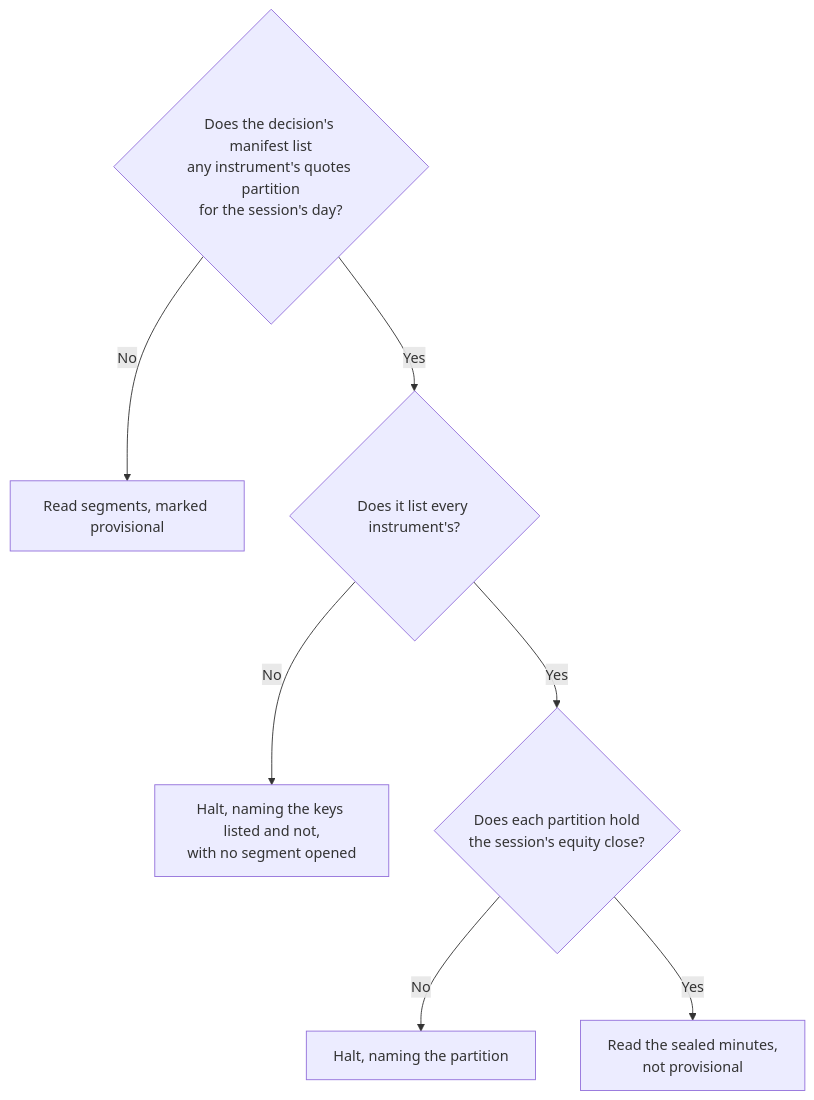
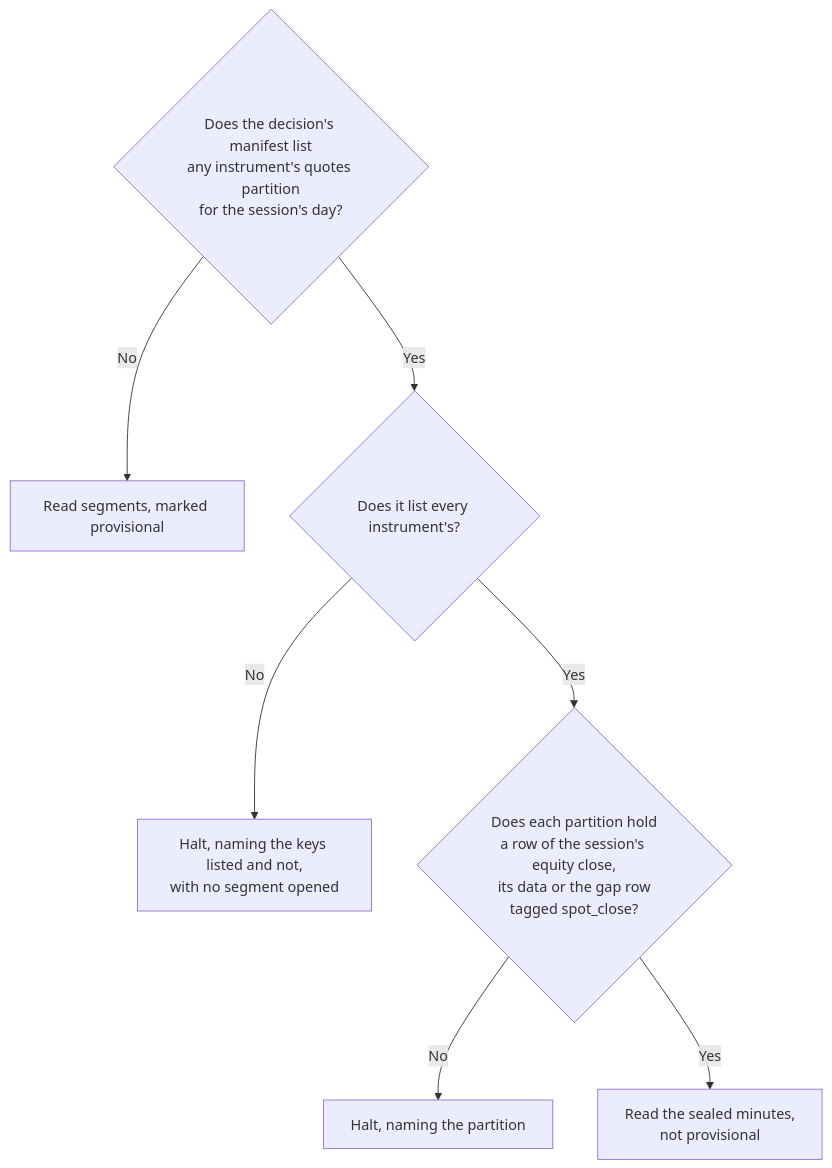
One commit to l3a0/ithildin-runtime changed the fifth of 6 diagrams in docs/architecture/03-context-and-scope.md. Above: the diagram before and after it, drawn with Mermaid. The commit also changed other lines of this file and 9 other files, not shown here.

First line of the commit message:
feat(data): read a sealed day whose close capture failed, from marketlake's gap row (#232)

````diff
--- a/docs/architecture/03-context-and-scope.md
+++ b/docs/architecture/03-context-and-scope.md
@@ -555,10 +555,10 @@
 ```mermaid
 flowchart TD
     m{"Does the decision's manifest list<br/>any instrument's quotes partition<br/>for the session's day?"}
     m -- "No" --> seg["Read segments, marked provisional"]
     m -- "Yes" --> all{"Does it list every instrument's?"}
     all -- "No" --> fault["Halt, naming the keys listed and not,<br/>with no segment opened"]
-    all -- "Yes" --> close{"Does each partition hold<br/>the session's equity close?"}
+    all -- "Yes" --> close{"Does each partition hold<br/>a row of the session's equity close,<br/>its data or the gap row<br/>tagged spot_close?"}
     close -- "No" --> nofault["Halt, naming the partition"]
     close -- "Yes" --> sealed["Read the sealed minutes,<br/>not provisional"]
 ```
````
